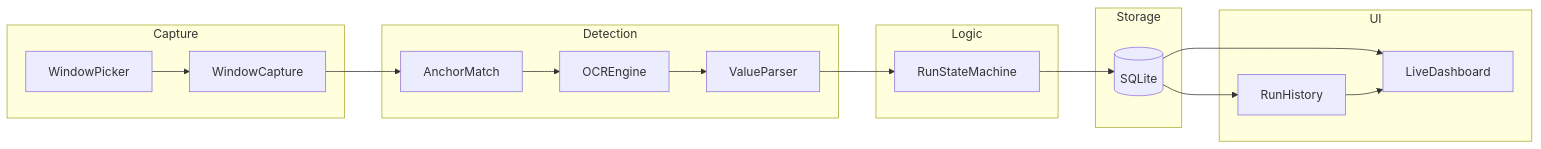
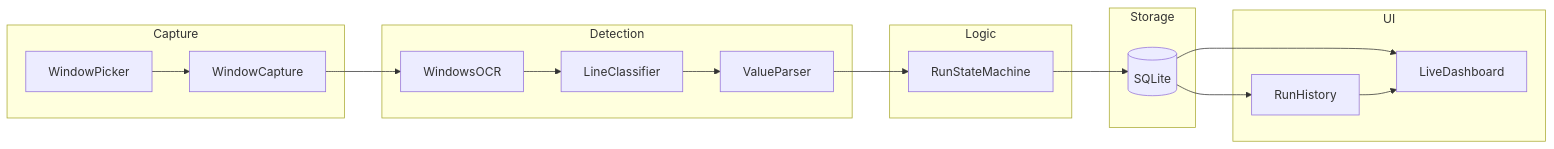
The first of 2 diagrams in Goal.md (sbrants/wavetrace), drawn with Mermaid before and after one commit. The commit also changed other lines of this file and 11 other files, not shown here.

Commit message:
remove regions/anchors for OCR.

````diff
--- a/Goal.md
+++ b/Goal.md
@@ -67,27 +67,27 @@
 ```mermaid
 flowchart LR
   subgraph capture [Capture]
     WinPicker[WindowPicker]
     WindowFrame[WindowCapture]
   end
   subgraph detect [Detection]
-    Anchors[AnchorMatch]
-    OCR[OCREngine]
+    OCR[WindowsOCR]
+    Classifier[LineClassifier]
     Parser[ValueParser]
   end
   subgraph logic [Logic]
     StateMachine[RunStateMachine]
   end
   subgraph storage [Storage]
     SQLite[(SQLite)]
   end
   subgraph ui [UI]
     Dashboard[LiveDashboard]
     History[RunHistory]
   end
-  WinPicker --> WindowFrame --> Anchors --> OCR --> Parser --> StateMachine
+  WinPicker --> WindowFrame --> OCR --> Classifier --> Parser --> StateMachine
   StateMachine --> SQLite
   SQLite --> Dashboard
   SQLite --> History
   History --> Dashboard
 ```
````
